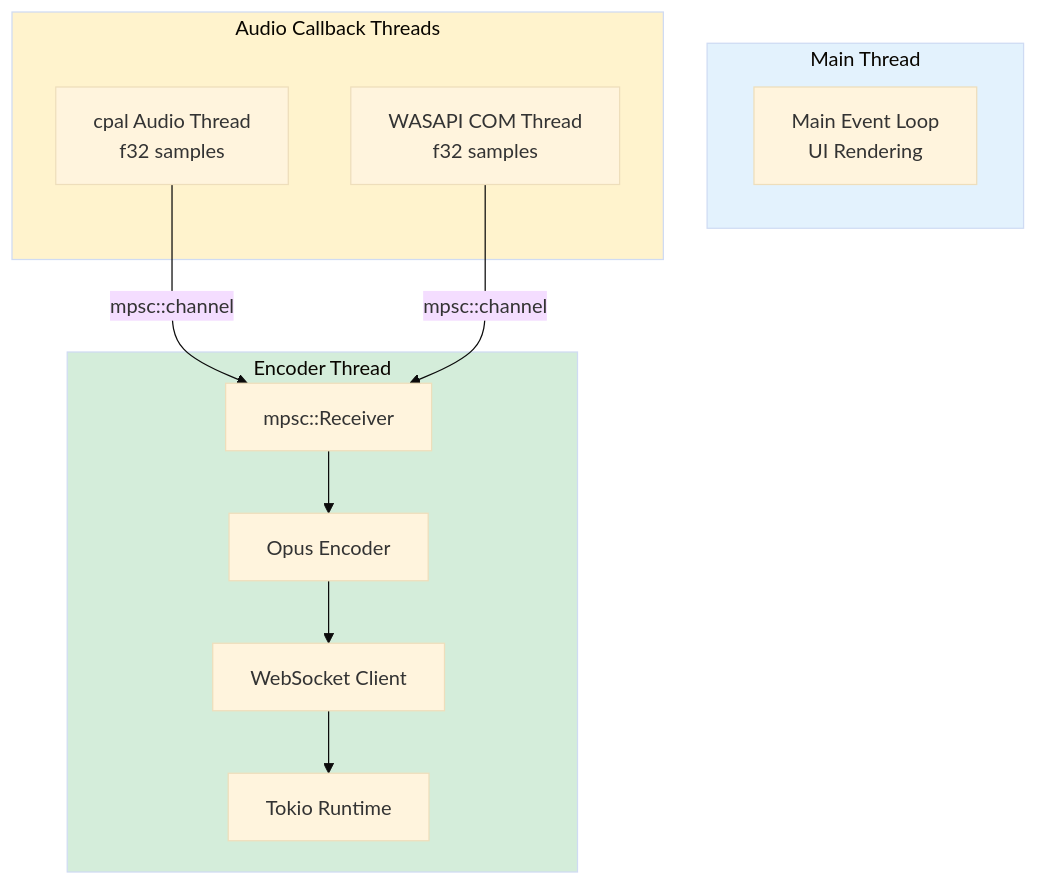
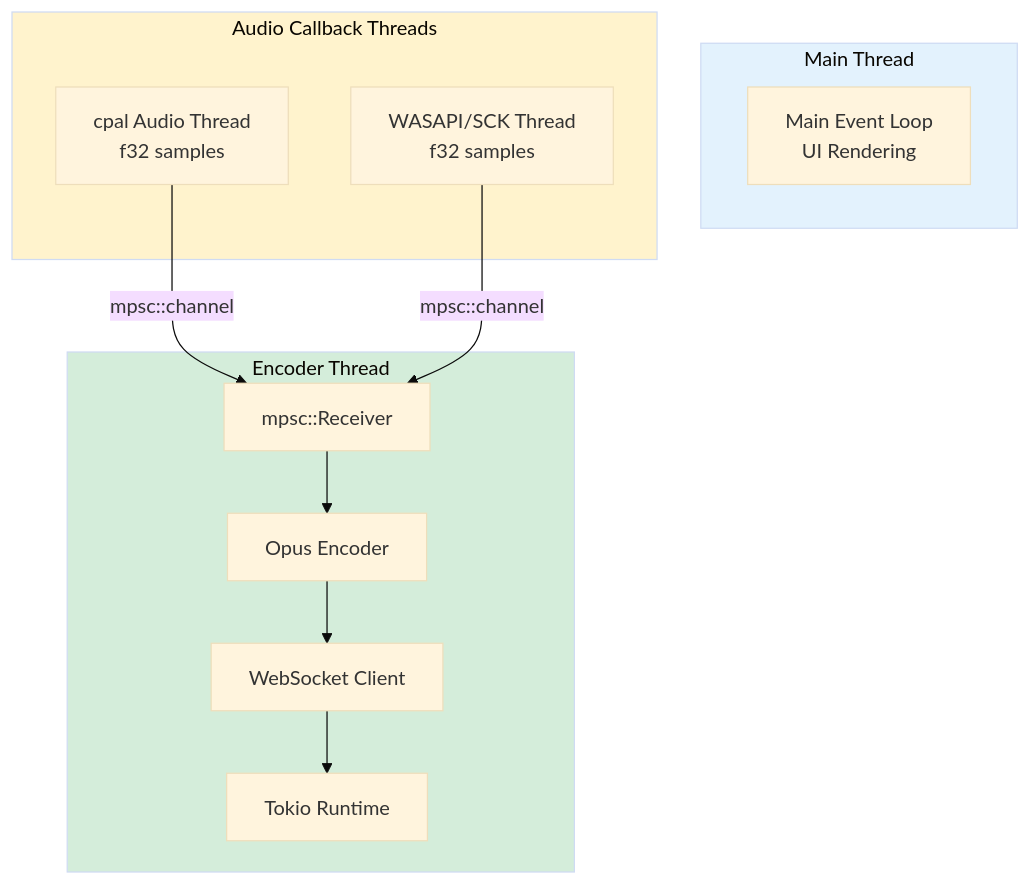
One commit to RekunDzmitry/voice_bird_desktop changed the fifth of 6 diagrams in DEPENDENCIES.md. Above: the diagram before and after it, drawn with Mermaid (base theme). The commit also changed other lines of this file, not shown here.

````diff
--- a/DEPENDENCIES.md
+++ b/DEPENDENCIES.md
@@ -375,28 +405,28 @@
 ```mermaid
 graph TB
     subgraph Main["Main Thread"]
         main_loop[Main Event Loop<br/>UI Rendering]
     end
 
     subgraph Audio["Audio Callback Threads"]
         cpal_thread[cpal Audio Thread<br/>f32 samples]
-        wasapi_thread[WASAPI COM Thread<br/>f32 samples]
+        wasapi_thread[WASAPI/SCK Thread<br/>f32 samples]
     end
 
     subgraph Encoder["Encoder Thread"]
         mpsc_rx[mpsc::Receiver]
         tokio_rt[Tokio Runtime]
         opus[Opus Encoder]
         ws[WebSocket Client]
     end
 
     cpal_thread -->|mpsc::channel| mpsc_rx
     wasapi_thread -->|mpsc::channel| mpsc_rx
     mpsc_rx --> opus
     opus --> ws
     ws --> tokio_rt
 
     style Main fill:#e3f2fd
     style Audio fill:#fff3cd
     style Encoder fill:#d4edda
 ```
````
